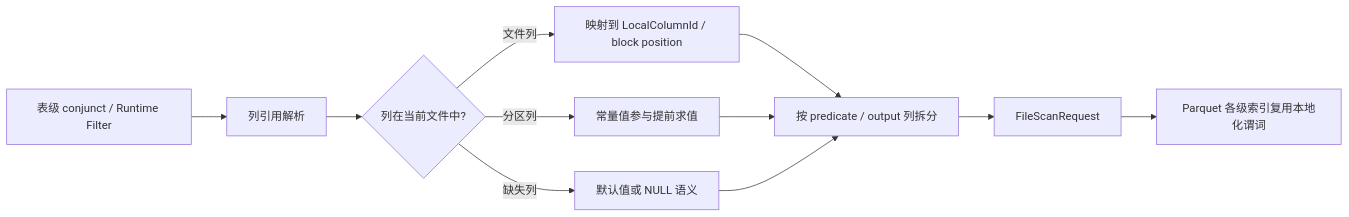
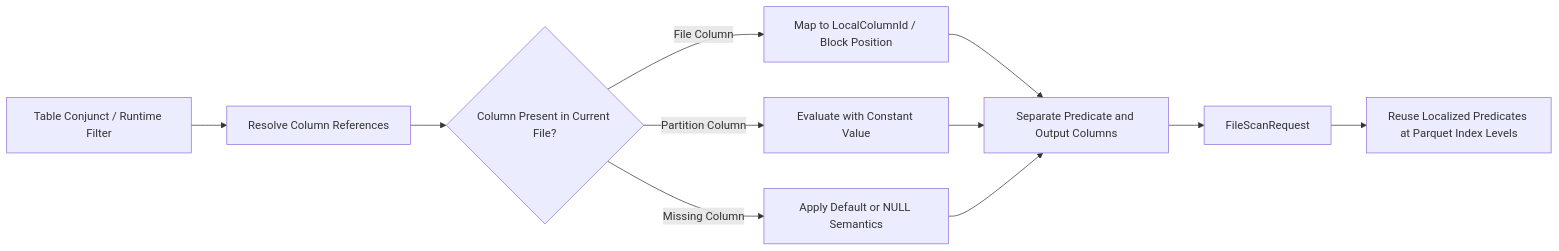
One commit to apache/doris changed the third of 13 diagrams in docs/file-scanner-v2-parquet-scan-design.md. Above: the diagram before and after it, drawn with Mermaid. The commit also changed other lines of this file and 1 other file, not shown here.

````diff
--- a/docs/file-scanner-v2-parquet-scan-design.md
+++ b/docs/file-scanner-v2-parquet-scan-design.md
@@ -98,13 +109,13 @@
 ```mermaid
 flowchart LR
-  A[表级 conjunct / Runtime Filter] --> B[列引用解析]
-  B --> C{列在当前文件中?}
-  C -- "文件列" --> D[映射到 LocalColumnId / block position]
-  C -- "分区列" --> E[常量值参与提前求值]
-  C -- "缺失列" --> F[默认值或 NULL 语义]
-  D --> G[按 predicate / output 列拆分]
+  A[Table Conjunct / Runtime Filter] --> B[Resolve Column References]
+  B --> C{Column Present in Current File?}
+  C -- "File Column" --> D[Map to LocalColumnId / Block Position]
+  C -- "Partition Column" --> E[Evaluate with Constant Value]
+  C -- "Missing Column" --> F[Apply Default or NULL Semantics]
+  D --> G[Separate Predicate and Output Columns]
   E --> G
   F --> G
   G --> H[FileScanRequest]
-  H --> I[Parquet 各级索引复用本地化谓词]
+  H --> I[Reuse Localized Predicates at Parquet Index Levels]
 ```
````
